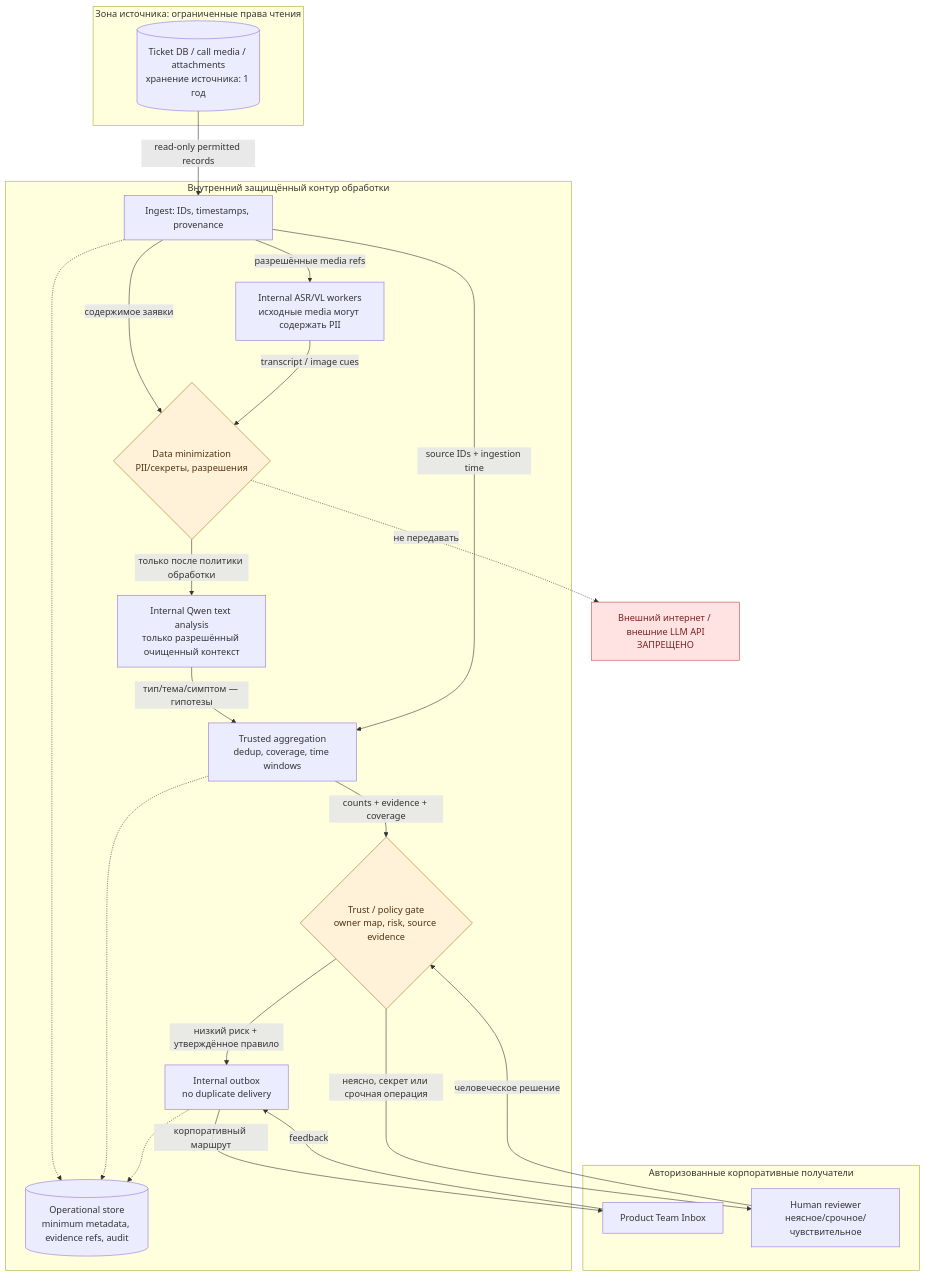
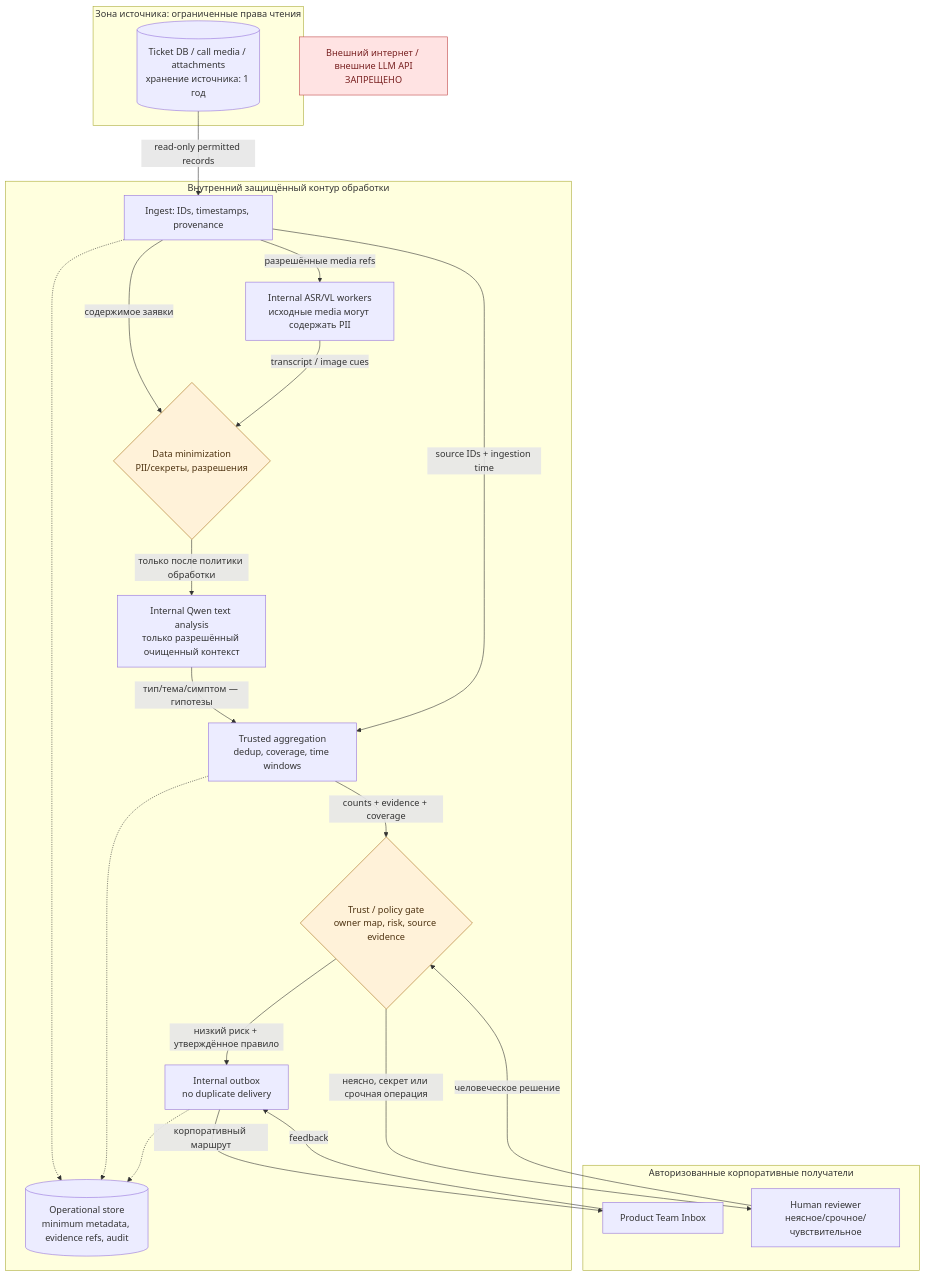
Before and after one commit to quangtuanitmo18/hackathon-gazprom: the diagram in docs/diagrams/data-flow-trust-boundaries.mmd, drawn with Mermaid.

Commit message:
docs(diagrams): prohibit external egress without drawing a misleading data-transfer arrow

```diff
--- a/docs/diagrams/data-flow-trust-boundaries.mmd
+++ b/docs/diagrams/data-flow-trust-boundaries.mmd
@@ -1,40 +1,41 @@
 %% Data Flow Diagram (DFD) — proposed security zones; not deployed.
 flowchart TB
   subgraph Z0["Зона источника: ограниченные права чтения"]
     SRC[("Ticket DB / call media / attachments<br/>хранение источника: 1 год")]
   end
   subgraph Z1["Внутренний защищённый контур обработки"]
     ING["Ingest: IDs, timestamps, provenance"]
     AV["Internal ASR/VL workers<br/>исходные media могут содержать PII"]
     SAN{"Data minimization<br/>PII/секреты, разрешения"}
     TEXT["Internal Qwen text analysis<br/>только разрешённый очищенный контекст"]
     DBASE[("Operational store<br/>minimum metadata, evidence refs, audit")]
     AGG["Trusted aggregation<br/>dedup, coverage, time windows"]
     POLICY{"Trust / policy gate<br/>owner map, risk, source evidence"}
     DELIVERY["Internal outbox<br/>no duplicate delivery"]
   end
   subgraph Z2["Авторизованные корпоративные получатели"]
     INBOX["Product Team Inbox"]
     REVIEWER["Human reviewer<br/>неясное/срочное/чувствительное"]
   end
   EXT["Внешний интернет / внешние LLM API<br/>ЗАПРЕЩЕНО"]:::blocked
   SRC -->|"read-only permitted records"| ING
   ING -->|"разрешённые media refs"| AV
   ING -->|"содержимое заявки"| SAN
   AV -->|"transcript / image cues"| SAN
   SAN -->|"только после политики обработки"| TEXT
   TEXT -->|"тип/тема/симптом — гипотезы"| AGG
   ING -->|"source IDs + ingestion time"| AGG
   AGG -->|"counts + evidence + coverage"| POLICY
   POLICY -->|"низкий риск + утверждённое правило"| DELIVERY
   POLICY -->|"неясно, секрет или срочная операция"| REVIEWER
   REVIEWER -->|"человеческое решение"| POLICY
   DELIVERY -->|"корпоративный маршрут"| INBOX
   INBOX -->|"feedback"| DELIVERY
   ING -.-> DBASE
   AGG -.-> DBASE
   DELIVERY -.-> DBASE
-  SAN -.->|"не передавать"| EXT
+  %% NO EDGE to EXT by design: external LLM, Internet and tracker API are forbidden.
+  %% Absence of a connection must be enforced by enterprise network egress policy.
   classDef blocked fill:#ffe3e3,stroke:#bf4444,color:#782020;
   classDef guard fill:#fff2d9,stroke:#a66b17,color:#4d3210;
   class SAN,POLICY guard;
```
